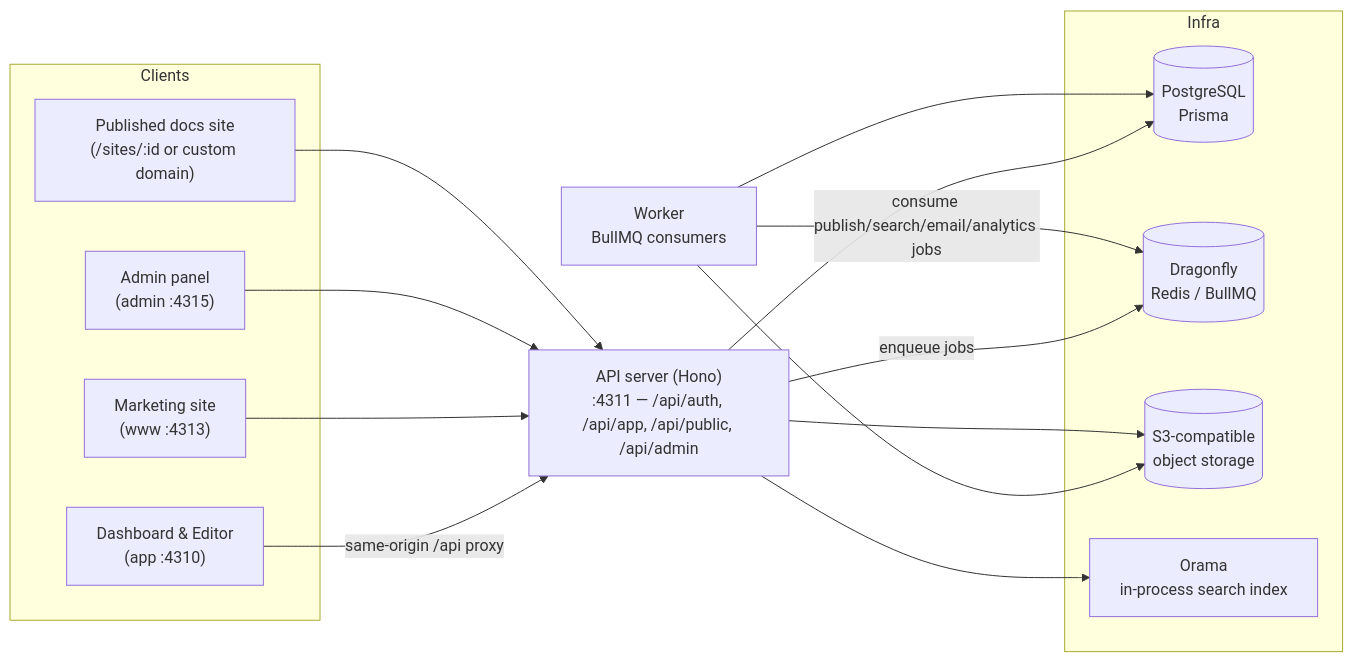
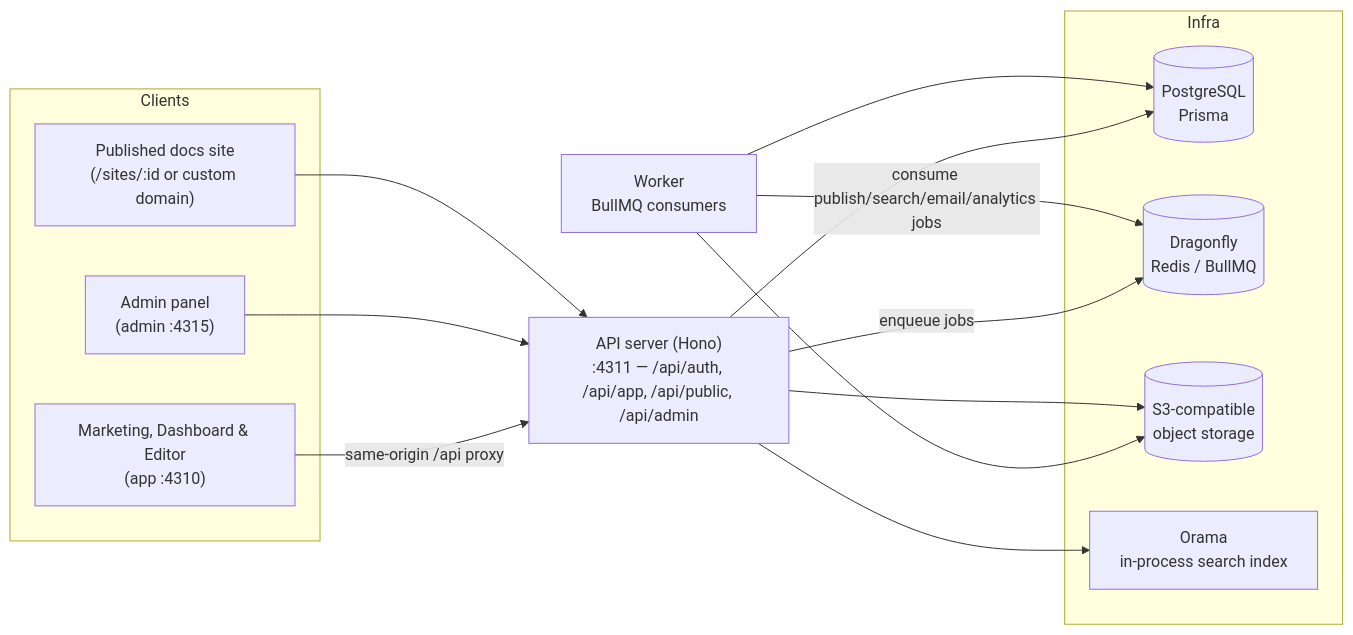
The first of 19 diagrams in USER-STORIES.md (lord007tn/nibleaf), drawn with Mermaid before and after one commit. The commit also changed other lines of this file and 175 other files, not shown here.

````diff
--- a/USER-STORIES.md
+++ b/USER-STORIES.md
@@ -24,31 +24,29 @@
 ```mermaid
 flowchart LR
     subgraph Clients
-        Editor["Dashboard & Editor<br/>(app :4310)"]
-        Marketing["Marketing site<br/>(www :4313)"]
+        Editor["Marketing, Dashboard & Editor<br/>(app :4310)"]
         AdminUI["Admin panel<br/>(admin :4315)"]
         LiveSite["Published docs site<br/>(/sites/:id or custom domain)"]
     end
 
     API["API server (Hono)<br/>:4311 — /api/auth, /api/app, /api/public, /api/admin"]
     Worker["Worker<br/>BullMQ consumers"]
 
     subgraph Infra
         PG[("PostgreSQL<br/>Prisma")]
         Redis[("Dragonfly<br/>Redis / BullMQ")]
         S3[("S3-compatible<br/>object storage")]
         Search["Orama<br/>in-process search index"]
     end
 
     Editor -->|same-origin /api proxy| API
-    Marketing --> API
     AdminUI --> API
     LiveSite --> API
     API --> PG
     API -->|enqueue jobs| Redis
     Worker -->|consume publish/search/email/analytics jobs| Redis
     Worker --> PG
     Worker --> S3
     API --> S3
     API --> Search
 ```
````
